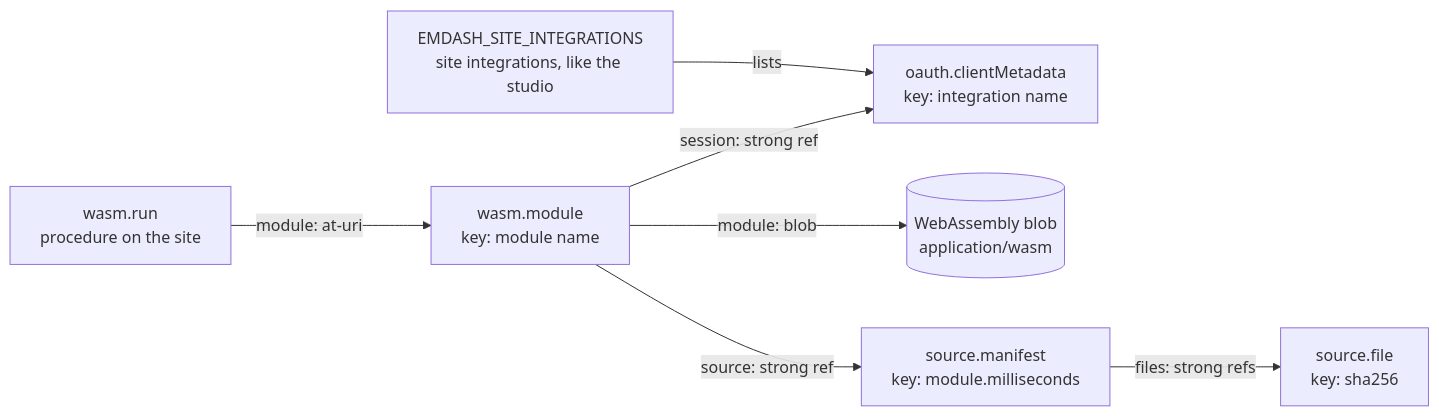
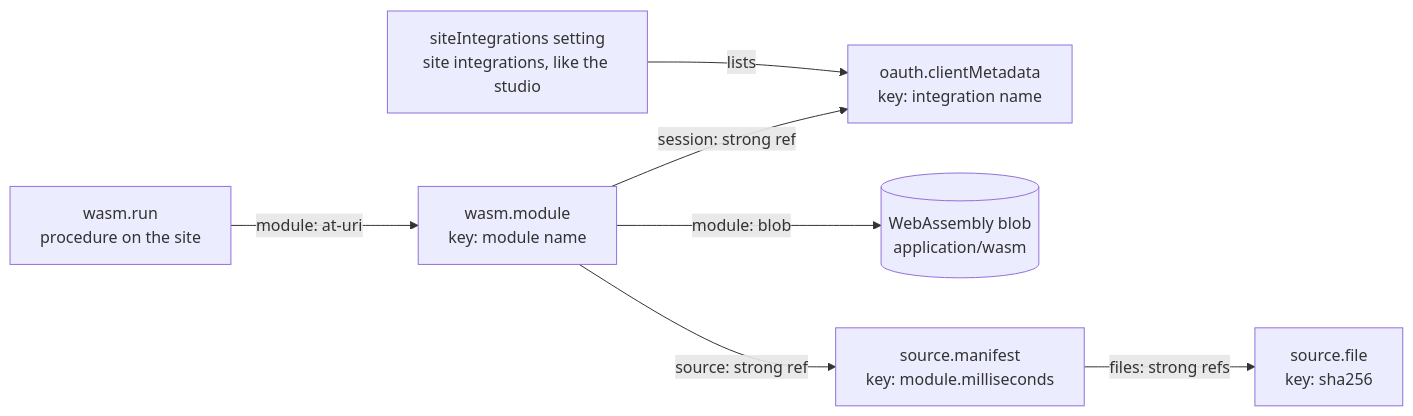
Before and after one commit to publicdomainrelay/socialweb-computer-emdash: the diagram in docs/lexicons.md, drawn with Mermaid. The commit also changed other lines of this file and 20 other files, not shown here.

First line of the commit message:
fix: list site integrations in a plugin setting, test the examples from scratch

````diff
--- a/docs/lexicons.md
+++ b/docs/lexicons.md
@@ -15,16 +15,16 @@
 ```mermaid
 flowchart LR
-  SITE["EMDASH_SITE_INTEGRATIONS<br/>site integrations, like the studio"]
+  SITE["siteIntegrations setting<br/>site integrations, like the studio"]
   CM["oauth.clientMetadata<br/>key: integration name"]
   RUN["wasm.run<br/>procedure on the site"]
   MOD["wasm.module<br/>key: module name"]
   BLOB[("WebAssembly blob<br/>application/wasm")]
   MAN["source.manifest<br/>key: module.milliseconds"]
   FILE["source.file<br/>key: sha256"]
   SITE -- "lists" --> CM
   RUN -- "module: at-uri" --> MOD
   MOD -- "session: strong ref" --> CM
   MOD -- "module: blob" --> BLOB
   MOD -- "source: strong ref" --> MAN
   MAN -- "files: strong refs" --> FILE
 ```
````
